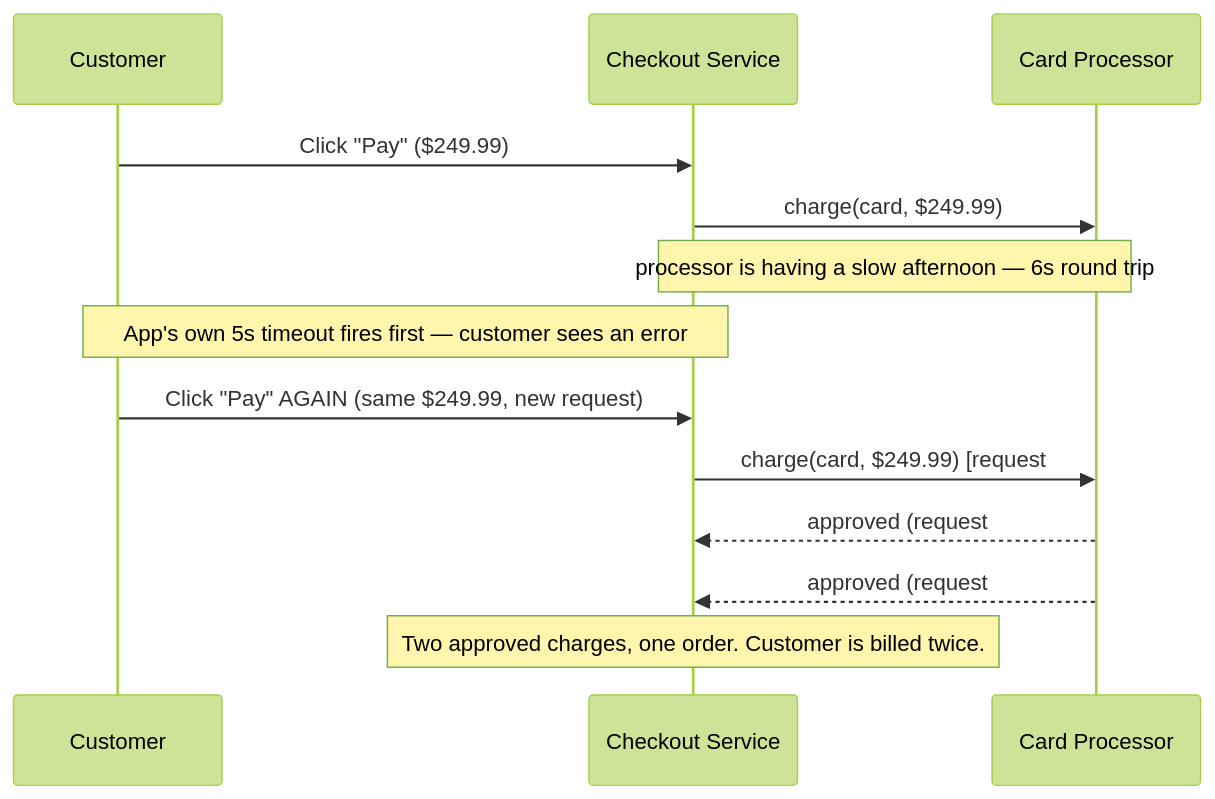
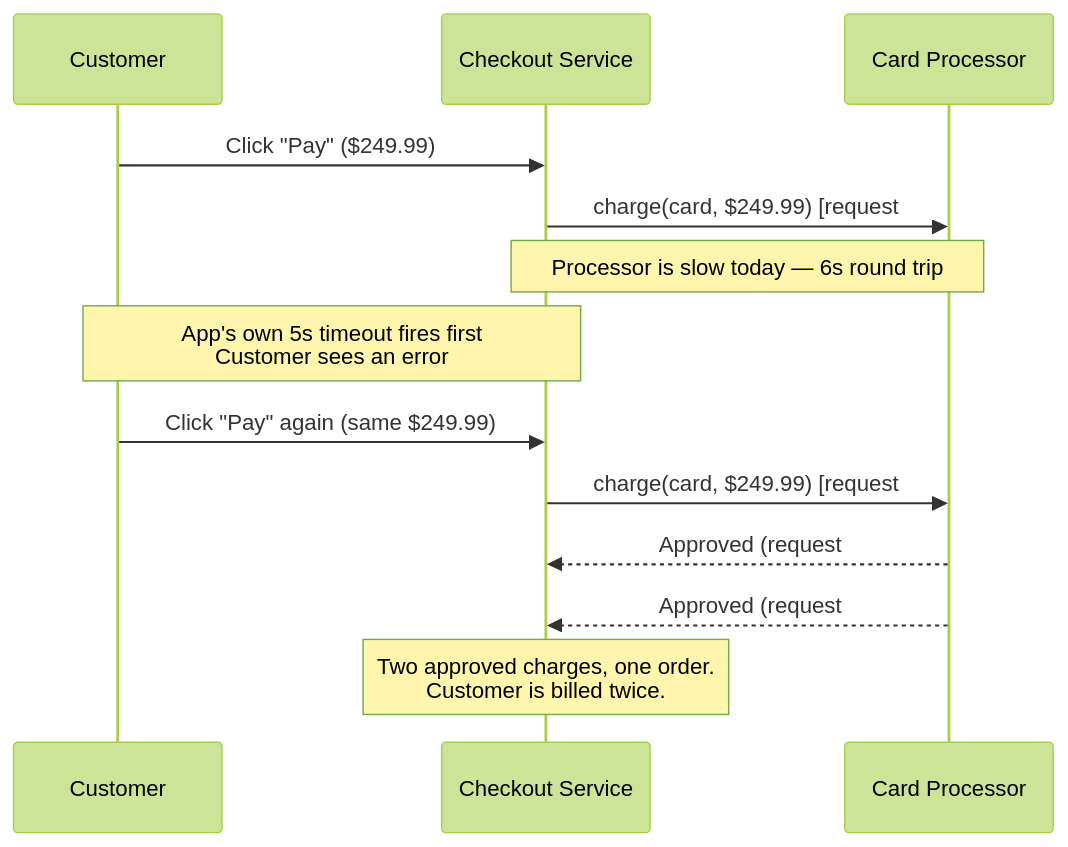
The first of 13 diagrams in system-design/HLD/0-course/41-Design-a-Payment-System-FAANG-Guide-story.md (riyaz-pasha/Learnings), drawn with Mermaid (forest theme) before and after one commit. The commit also changed other lines of this file and 1 other file, not shown here.

Commit message:
[REWRITE] Payment System story guide: simplify prose, add structure, fix diagrams

````diff
--- a/system-design/HLD/0-course/41-Design-a-Payment-System-FAANG-Guide-story.md
+++ b/system-design/HLD/0-course/41-Design-a-Payment-System-FAANG-Guide-story.md
@@ -15,16 +61,16 @@
 ```mermaid
 sequenceDiagram
     participant C as Customer
     participant App as Checkout Service
     participant Proc as Card Processor
 
     C->>App: Click "Pay" ($249.99)
-    App->>Proc: charge(card, $249.99)
-    Note over App,Proc: processor is having a slow afternoon — 6s round trip
-    Note over C,App: App's own 5s timeout fires first — customer sees an error
-    C->>App: Click "Pay" AGAIN (same $249.99, new request)
+    App->>Proc: charge(card, $249.99)  [request #1]
+    Note over App,Proc: Processor is slow today — 6s round trip
+    Note over C,App: App's own 5s timeout fires first<br/>Customer sees an error
+    C->>App: Click "Pay" again (same $249.99)
     App->>Proc: charge(card, $249.99)  [request #2]
-    Proc-->>App: approved (request #1, arriving late)
-    Proc-->>App: approved (request #2)
-    Note over App: Two approved charges, one order. Customer is billed twice.
+    Proc-->>App: Approved (request #1, arriving late)
+    Proc-->>App: Approved (request #2)
+    Note over App: Two approved charges, one order.<br/>Customer is billed twice.
 ```
````
